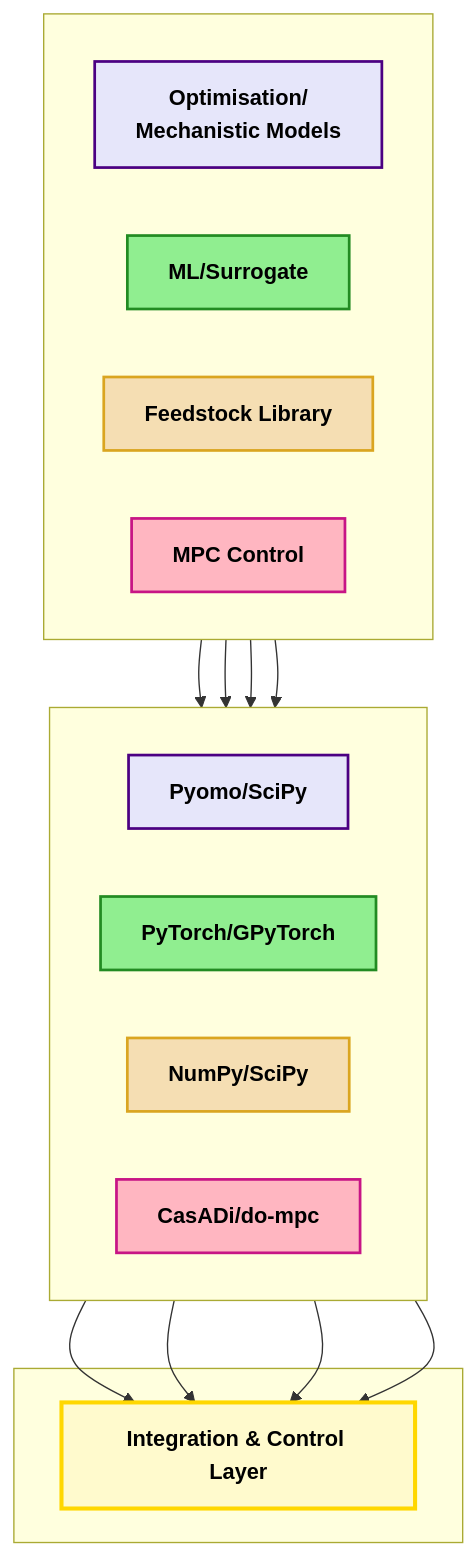
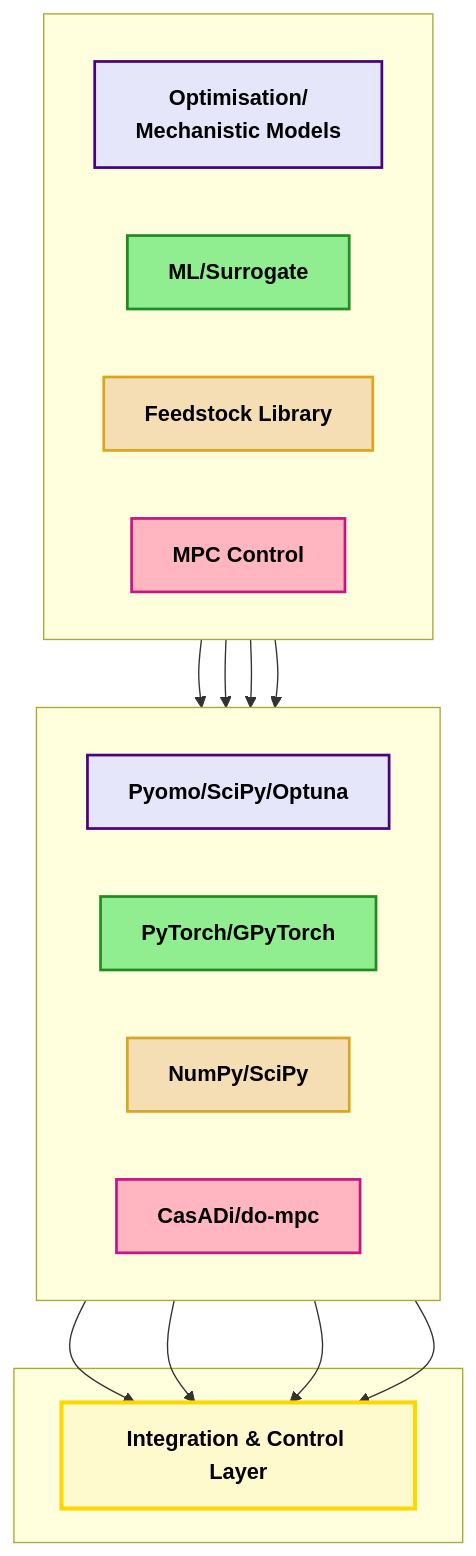
The third of 5 diagrams in docs/publication_diagrams.md (benmola/OpenAD-lib), drawn with Mermaid before and after one commit. The commit also changed 1 other file, not shown here.

Commit message:
new file:   docs/REFERENCES.md 	modified:   docs/publication_diagrams.md

````diff
--- a/docs/publication_diagrams.md
+++ b/docs/publication_diagrams.md
@@ -86,44 +86,44 @@
 ```mermaid
 graph TB
     subgraph Layer1[" "]
         direction LR
         A["<b>Optimisation/<br/>Mechanistic Models</b>"]
         B["<b>ML/Surrogate</b>"]
         C["<b>Feedstock Library</b>"]
         D["<b>MPC Control</b>"]
     end
     
     subgraph Layer2[" "]
         direction LR
-        A1["<b>Pyomo/SciPy</b>"]
+        A1["<b>Pyomo/SciPy/Optuna</b>"]
         B1["<b>PyTorch/GPyTorch</b>"]
         C1["<b>NumPy/SciPy</b>"]
         D1["<b>CasADi/do-mpc</b>"]
     end
     
     subgraph Layer3[" "]
         INT["<b>Integration & Control Layer</b>"]
     end
     
     A --> A1
     B --> B1
     C --> C1
     D --> D1
     
     A1 --> INT
     B1 --> INT
     C1 --> INT
     D1 --> INT
     
     classDef optBox fill:#E6E6FA,stroke:#4B0082,stroke-width:2px,color:#000
     classDef mlBox fill:#90EE90,stroke:#228B22,stroke-width:2px,color:#000
     classDef feedBox fill:#F5DEB3,stroke:#DAA520,stroke-width:2px,color:#000
     classDef mpcBox fill:#FFB6C1,stroke:#C71585,stroke-width:2px,color:#000
     classDef integBox fill:#FFFACD,stroke:#FFD700,stroke-width:3px,color:#000
     
     class A,A1 optBox
     class B,B1 mlBox
     class C,C1 feedBox
     class D,D1 mpcBox
     class INT integBox
 ```
````
